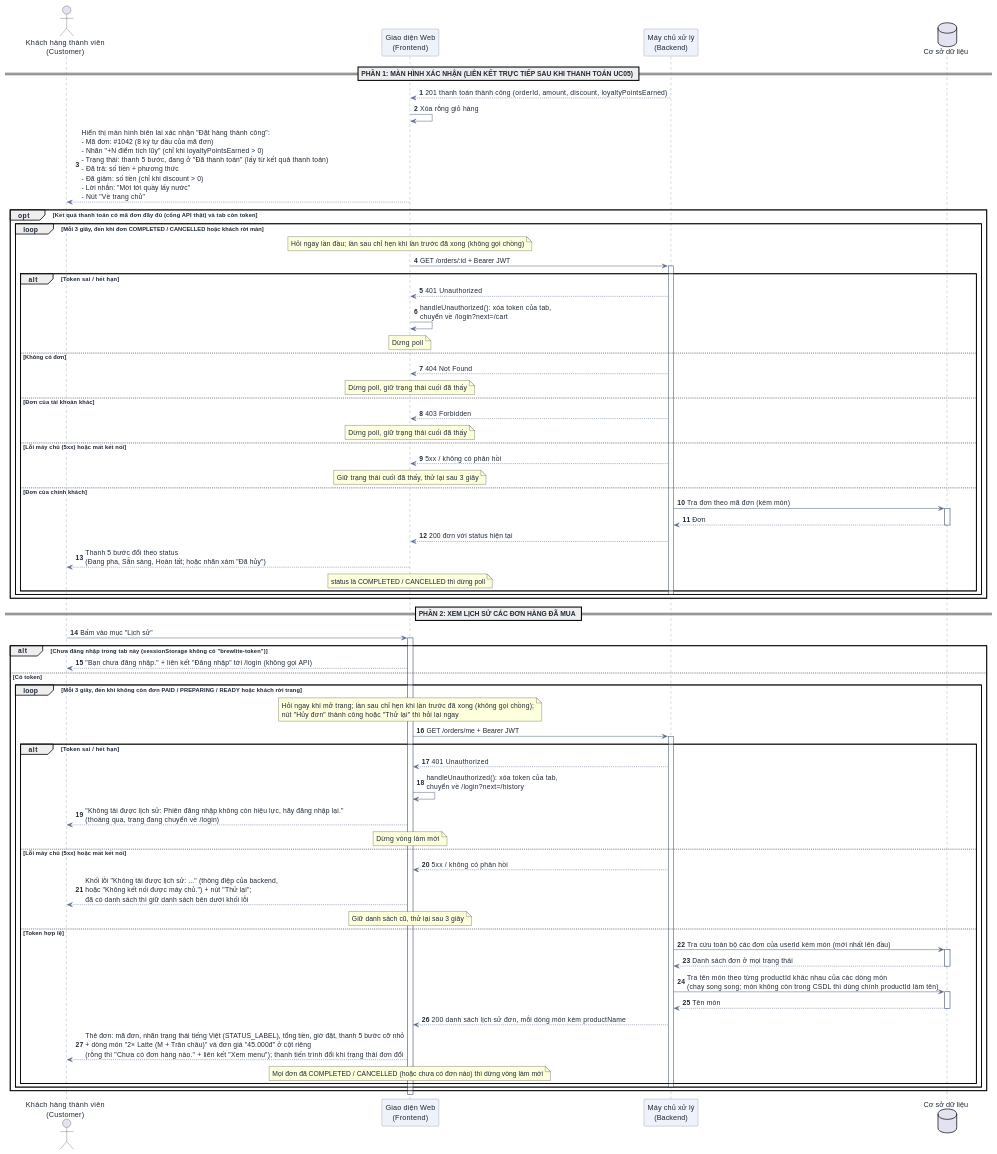
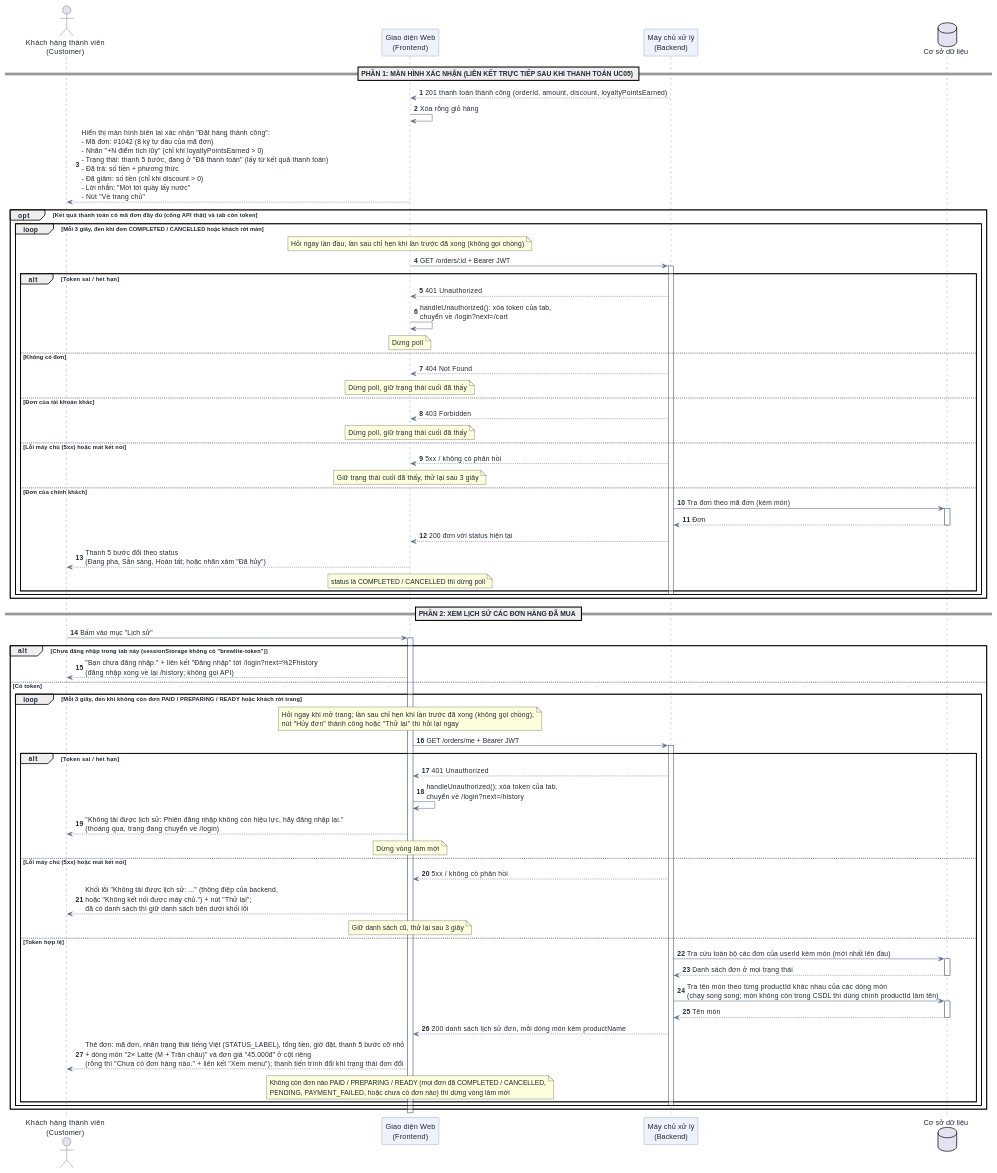
Before and after one commit to DuVinhLoi/BrewLite: the seventh of 9 diagrams in docs/user-sequence-specifications.md, drawn with PlantUML. The commit also changed other lines of this file and 22 other files, not shown here.

```diff
--- a/docs/user-sequence-specifications.md
+++ b/docs/user-sequence-specifications.md
@@ -747,7 +747,7 @@
 User -> FE : Bấm vào mục "Lịch sử"
 activate FE
 alt Chưa đăng nhập trong tab này (sessionStorage không có "brewlite-token")
-    FE --> User : "Bạn chưa đăng nhập." + liên kết "Đăng nhập" tới /login (không gọi API)
+    FE --> User : "Bạn chưa đăng nhập." + liên kết "Đăng nhập" tới /login?next=%2Fhistory\n(đăng nhập xong về lại /history; không gọi API)
 else Có token
     loop Mỗi 3 giây, đến khi không còn đơn PAID / PREPARING / READY hoặc khách rời trang
         note over FE : Hỏi ngay khi mở trang; lần sau chỉ hẹn khi lần trước đã xong (không gọi chồng);\nnút "Hủy đơn" thành công hoặc "Thử lại" thì hỏi lại ngay
@@ -773,7 +773,7 @@
             deactivate DB
             BE --> FE : 200 danh sách lịch sử đơn, mỗi dòng món kèm productName
             FE --> User : Thẻ đơn: mã đơn, nhãn trạng thái tiếng Việt (STATUS_LABEL), tổng tiền, giờ đặt, thanh 5 bước cỡ nhỏ\n+ dòng món "2× Latte (M + Trân châu)" và đơn giá "45.000đ" ở cột riêng\n(rỗng thì "Chưa có đơn hàng nào." + liên kết "Xem menu"); thanh tiến trình đổi khi trạng thái đơn đổi
-            note over FE : Mọi đơn đã COMPLETED / CANCELLED (hoặc chưa có đơn nào) thì dừng vòng làm mới
+            note over FE : Không còn đơn nào PAID / PREPARING / READY (mọi đơn đã COMPLETED / CANCELLED,\nPENDING, PAYMENT_FAILED, hoặc chưa có đơn nào) thì dừng vòng làm mới
         end
         deactivate BE
     end
```
